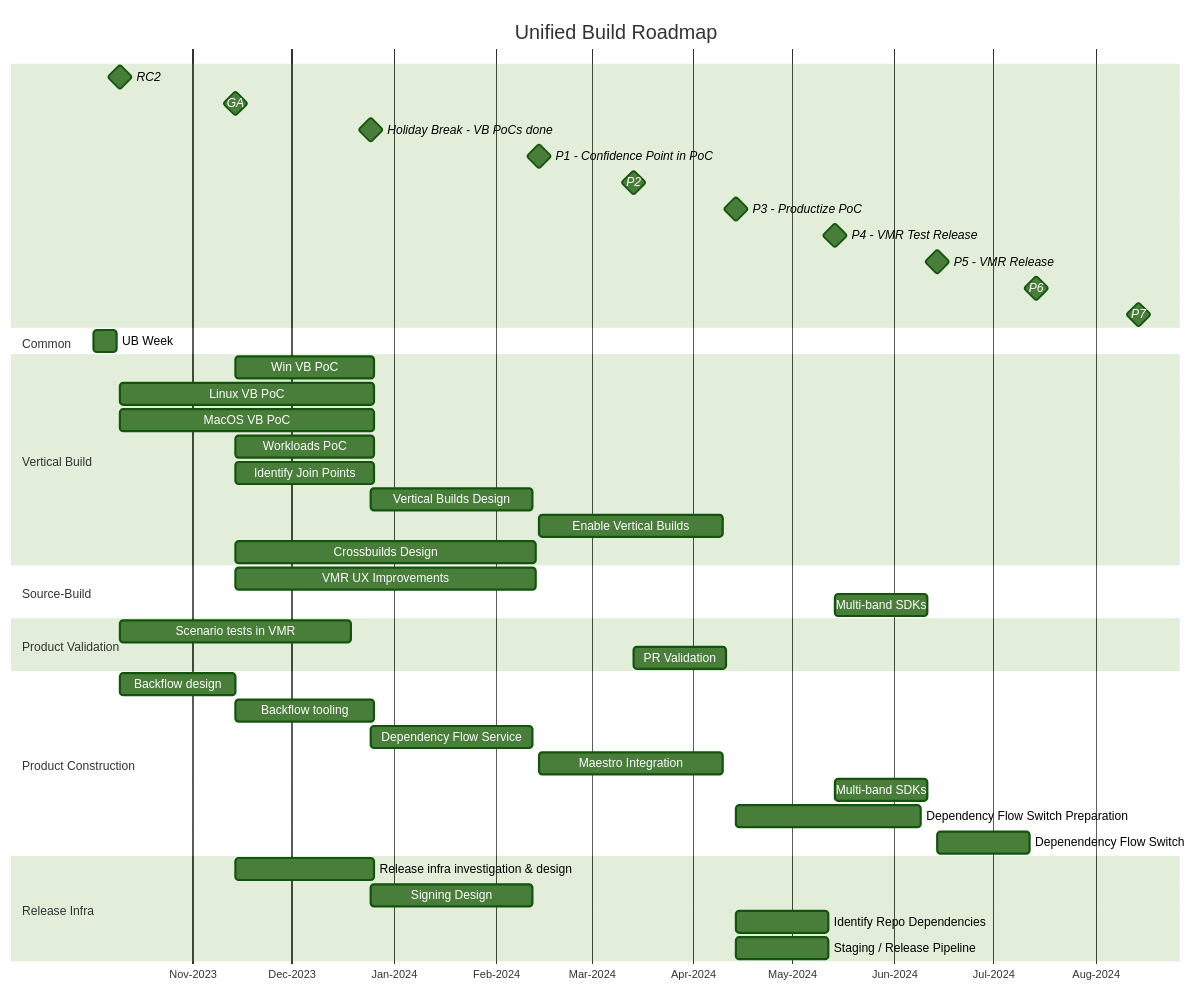
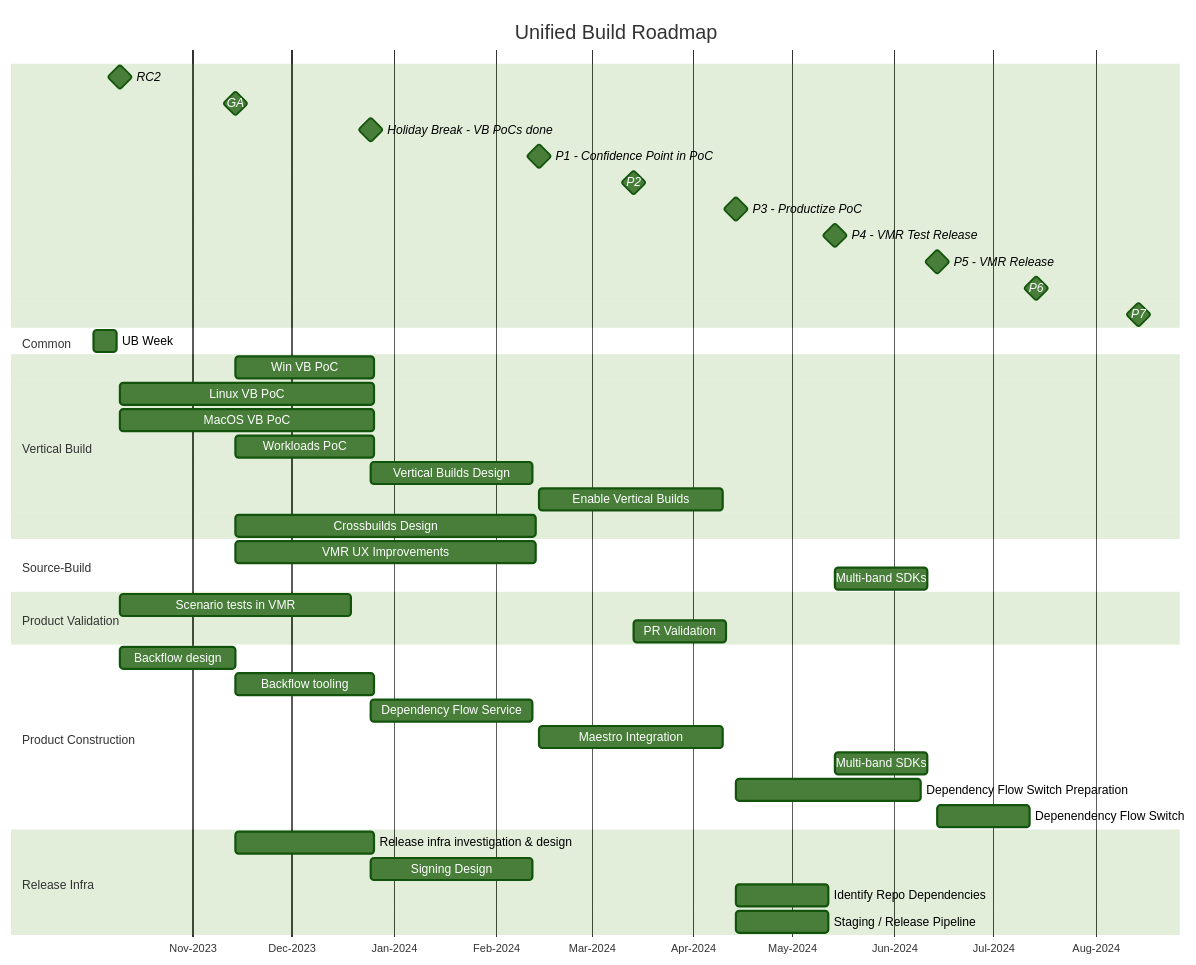
Before and after one commit to dotnet/arcade: the diagram in Documentation/UnifiedBuild/UB-Roadmap.md, drawn with Mermaid (forest theme).

Commit message:
Removed the join Join Points as agreed

````diff
--- a/Documentation/UnifiedBuild/UB-Roadmap.md
+++ b/Documentation/UnifiedBuild/UB-Roadmap.md
@@ -3,53 +3,52 @@
 ```mermaid
 gantt
     title Unified Build Roadmap
     axisFormat %b-%Y
     RC2: milestone, net8-rc2, 2023-10-10, 0
     GA: milestone, net8-ga, 2023-11-14, 0
     Holiday Break - VB PoCs done: milestone, holiday, 2023-12-25, 0
     %% delta between Holiday and P1 is 7w
     P1 - Confidence Point in PoC: milestone, net9-p1, 2024-02-14, 0
     P2: milestone, net9-p2, 2024-03-14, 0
     P3 - Productize PoC: milestone, net9-p3, 2024-04-14, 0
     P4 - VMR Test Release: milestone, net9-p4, 2024-05-14, 0
     P5 - VMR Release: milestone, net9-p5, 2024-06-14, 0
     P6: milestone, net9-p6, 2024-07-14, 0
     P7: milestone, net9-p7, 2024-08-14, 0
  
     section Common
         UB Week: ub-week, 2023-10-02, 1w
 
     section Vertical Build
         Win VB PoC: after net8-ga, 6w
         Linux VB PoC: after net8-rc2, 11w
         MacOS VB PoC: after net8-rc2, 11w
         Workloads PoC: after net8-ga, 6w
-        Identify Join Points: after net8-ga, 6w
         Vertical Builds Design: after holiday, 7w
         Enable Vertical Builds: after net9-p1, 8w
         Crossbuilds Design: after net8-ga, 13w
 
     section Source-Build
         VMR UX Improvements: after net8-ga, 13w
         Multi-band SDKs: after net9-p4, 4w
 
     section Product Validation
         Scenario tests in VMR: after net8-rc2, 10w
         PR Validation: after net9-p2, 4w
 
     section Product Construction
         Backflow design: after net8-rc2, 5w
         Backflow tooling: after net8-ga, 6w
         Dependency Flow Service: after holiday, 7w
         Maestro Integration: after net9-p1, 8w
 
         Multi-band SDKs: after net9-p4, 4w
         Dependency Flow Switch Preparation: after net9-p3, 8w
         Depenendency Flow Switch: after net9-p5, 4w
 
     section Release Infra
         Release infra investigation & design: after net8-ga, 6w
         Signing Design: after holiday, 7w
         Identify Repo Dependencies: after net9-p3, 4w
         Staging / Release Pipeline: after net9-p3, 4w
 ```
````
